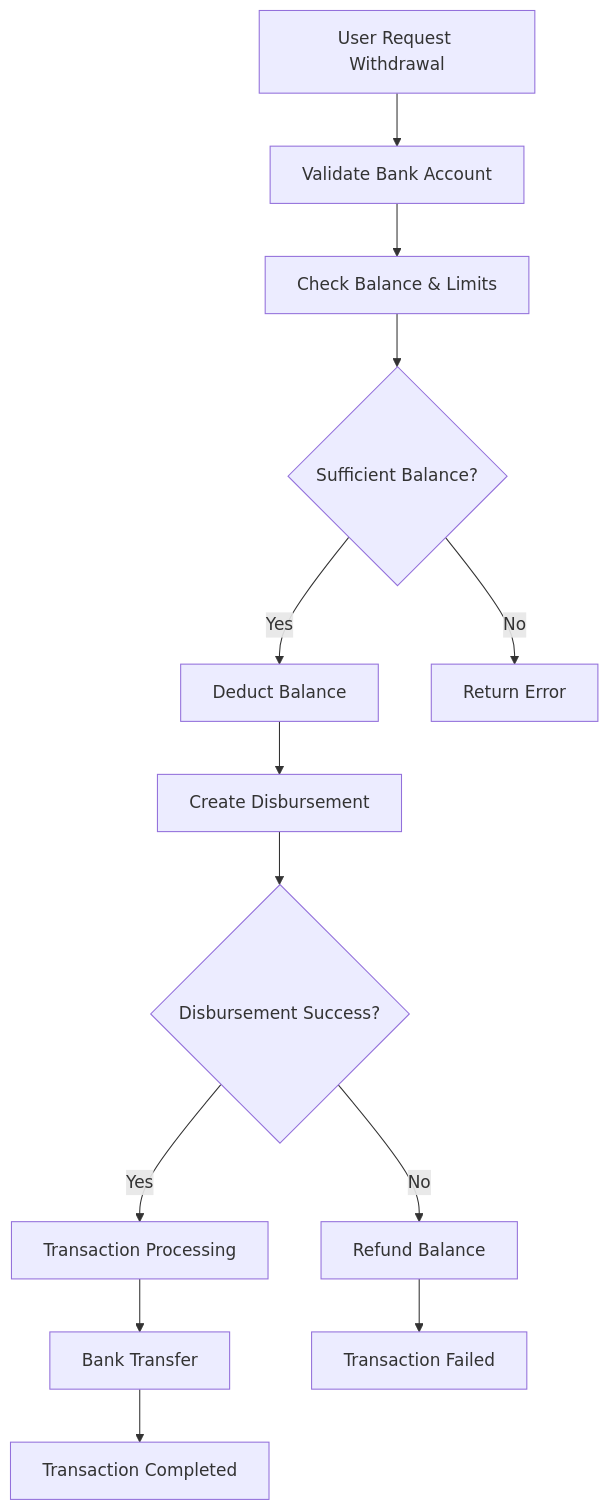
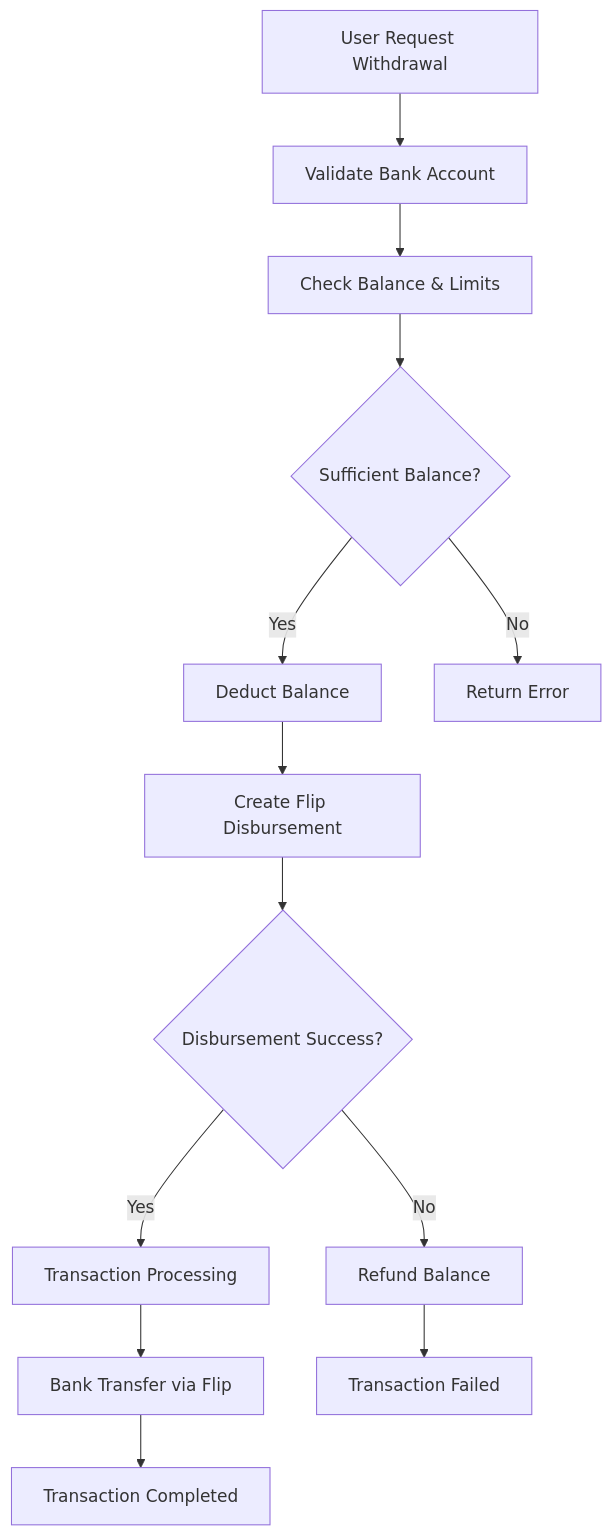
The second of 2 diagrams in gsalt_docs.md (ptkoneksa/safatanc-connect-web), drawn with Mermaid before and after one commit. The commit also changed other lines of this file and 8 other files, not shown here.

````diff
--- a/gsalt_docs.md
+++ b/gsalt_docs.md
@@ -105,15 +26,15 @@
 ```mermaid
 graph TD
     A[User Request Withdrawal] --> B[Validate Bank Account]
     B --> C[Check Balance & Limits]
     C --> D{Sufficient Balance?}
     D -->|Yes| E[Deduct Balance]
     D -->|No| F[Return Error]
-    E --> G[Create Disbursement]
+    E --> G[Create Flip Disbursement]
     G --> H{Disbursement Success?}
     H -->|Yes| I[Transaction Processing]
     H -->|No| J[Refund Balance]
-    I --> K[Bank Transfer]
+    I --> K[Bank Transfer via Flip]
     K --> L[Transaction Completed]
     J --> M[Transaction Failed]
 ```
````
